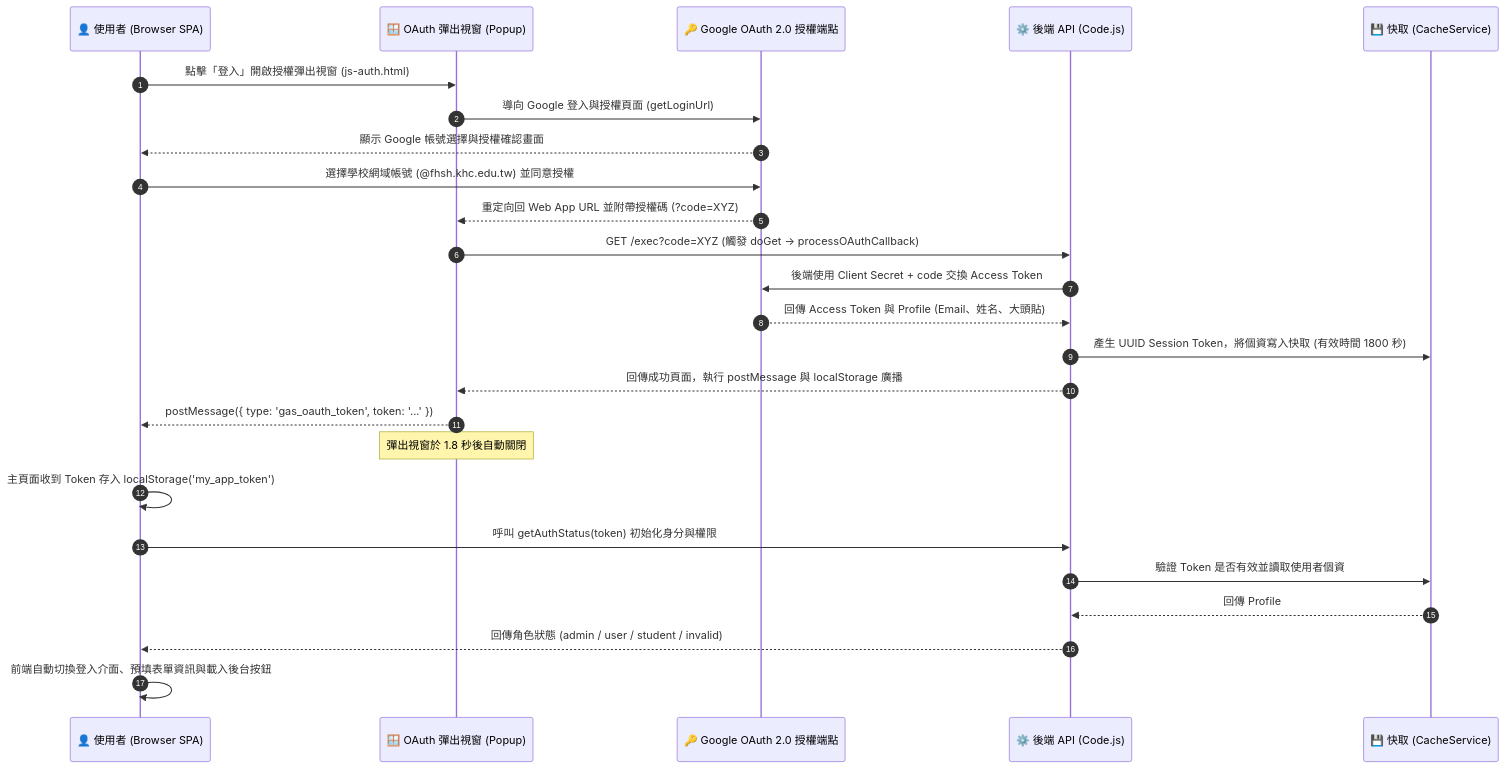
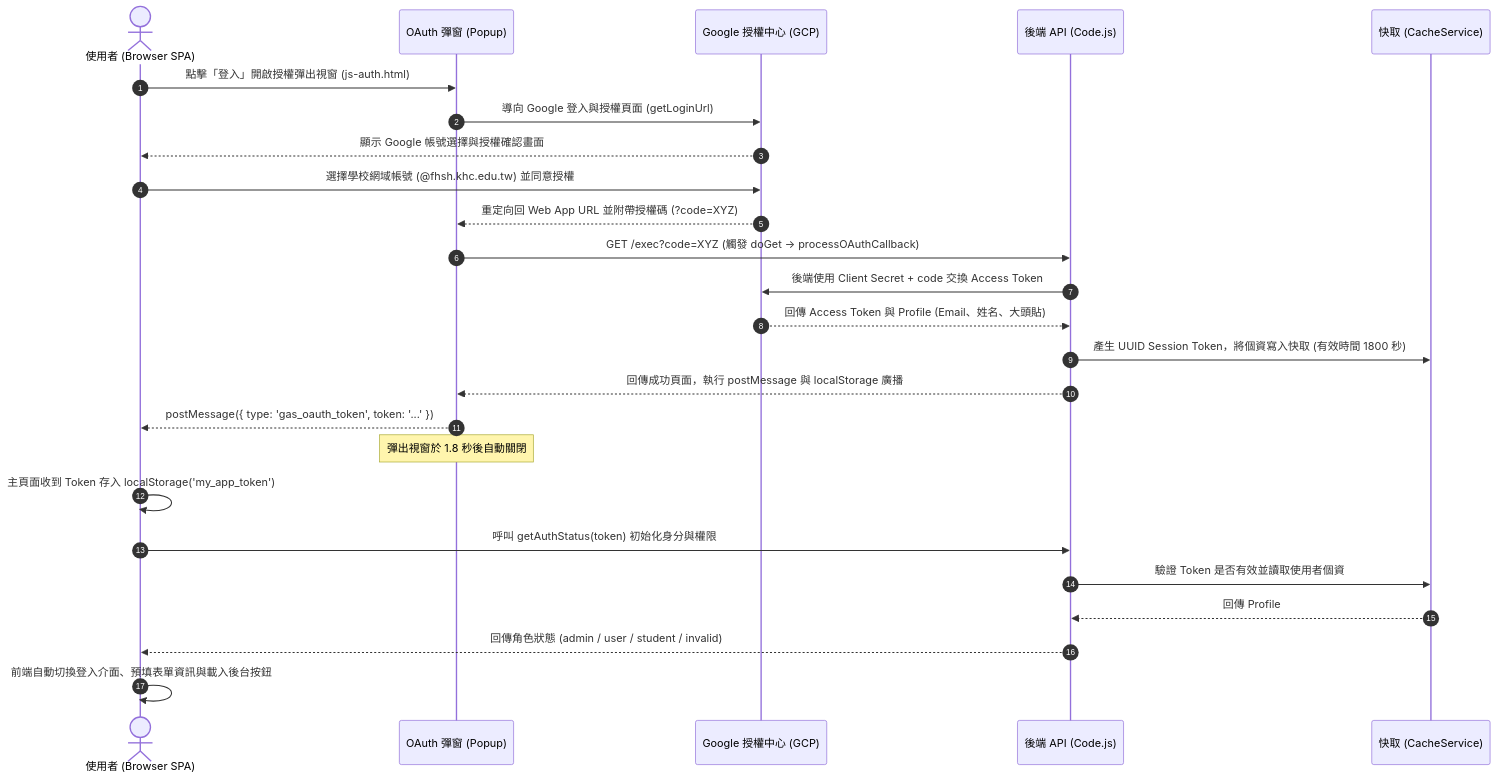
One commit to SamnPhysics/scienceprocurement changed the second of 2 diagrams in OAuth2_GuideLine.md. Above: the diagram before and after it, drawn with Mermaid. The commit also changed other lines of this file, not shown here.

````diff
--- a/OAuth2_GuideLine.md
+++ b/OAuth2_GuideLine.md
@@ -56,28 +56,28 @@
 ```mermaid
 sequenceDiagram
     autonumber
-    participant U as 👤 使用者 (Browser SPA)
-    participant P as 🪟 OAuth 彈出視窗 (Popup)
-    participant G as 🔑 Google OAuth 2.0 授權端點
-    participant GAS as ⚙️ 後端 API (Code.js)
-    participant C as 💾 快取 (CacheService)
+    actor U as 使用者 (Browser SPA)
+    participant P as OAuth 彈窗 (Popup)
+    participant G as Google 授權中心 (GCP)
+    participant GAS as 後端 API (Code.js)
+    participant C as 快取 (CacheService)
 
     U->>P: 點擊「登入」開啟授權彈出視窗 (js-auth.html)
     P->>G: 導向 Google 登入與授權頁面 (getLoginUrl)
     G-->>U: 顯示 Google 帳號選擇與授權確認畫面
     U->>G: 選擇學校網域帳號 (@fhsh.khc.edu.tw) 並同意授權
     G-->>P: 重定向回 Web App URL 並附帶授權碼 (?code=XYZ)
     P->>GAS: GET /exec?code=XYZ (觸發 doGet -> processOAuthCallback)
     GAS->>G: 後端使用 Client Secret + code 交換 Access Token
     G-->>GAS: 回傳 Access Token 與 Profile (Email、姓名、大頭貼)
     GAS->>C: 產生 UUID Session Token，將個資寫入快取 (有效時間 1800 秒)
     GAS-->>P: 回傳成功頁面，執行 postMessage 與 localStorage 廣播
     P-->>U: postMessage({ type: 'gas_oauth_token', token: '...' })
     Note over P: 彈出視窗於 1.8 秒後自動關閉
     U->>U: 主頁面收到 Token 存入 localStorage('my_app_token')
     U->>GAS: 呼叫 getAuthStatus(token) 初始化身分與權限
     GAS->>C: 驗證 Token 是否有效並讀取使用者個資
     C-->>GAS: 回傳 Profile
     GAS-->>U: 回傳角色狀態 (admin / user / student / invalid)
     U->>U: 前端自動切換登入介面、預填表單資訊與載入後台按鈕
 ```
````
